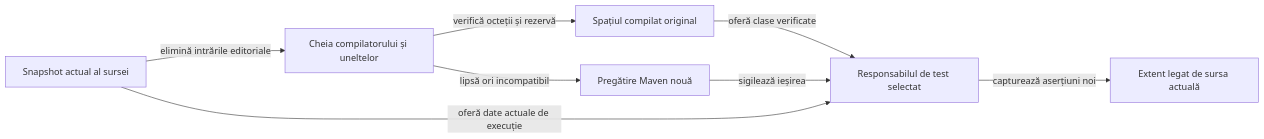
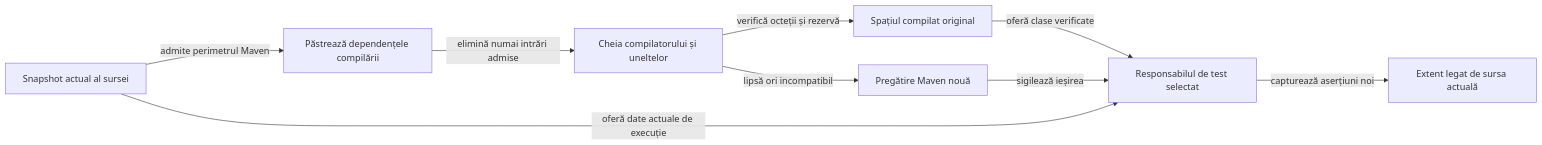
One commit to crististefanita/whist changed the fourth of 5 diagrams in docs/testing/ATF_Collections.md. Above: the diagram before and after it, drawn with Mermaid. The commit also changed other lines of this file and 13 other files, not shown here.

````diff
--- a/docs/testing/ATF_Collections.md
+++ b/docs/testing/ATF_Collections.md
@@ -230,10 +232,11 @@
 ```mermaid
 flowchart LR
-    SOURCE[Snapshot actual al sursei] -->|elimină intrările editoriale| KEY[Cheia compilatorului și uneltelor]
+    SOURCE[Snapshot actual al sursei] -->|admite perimetrul Maven| FILTER[Păstrează dependențele compilării]
+    FILTER -->|elimină numai intrări admise| KEY[Cheia compilatorului și uneltelor]
     KEY -->|verifică octeții și rezervă| CACHE[Spațiul compilat original]
     KEY -->|lipsă ori incompatibil| BUILD[Pregătire Maven nouă]
     CACHE -->|oferă clase verificate| RUN[Responsabilul de test selectat]
     BUILD -->|sigilează ieșirea| RUN
     SOURCE -->|oferă date actuale de execuție| RUN
     RUN -->|capturează aserțiuni noi| REPORT[Extent legat de sursa actuală]
 ```
````
